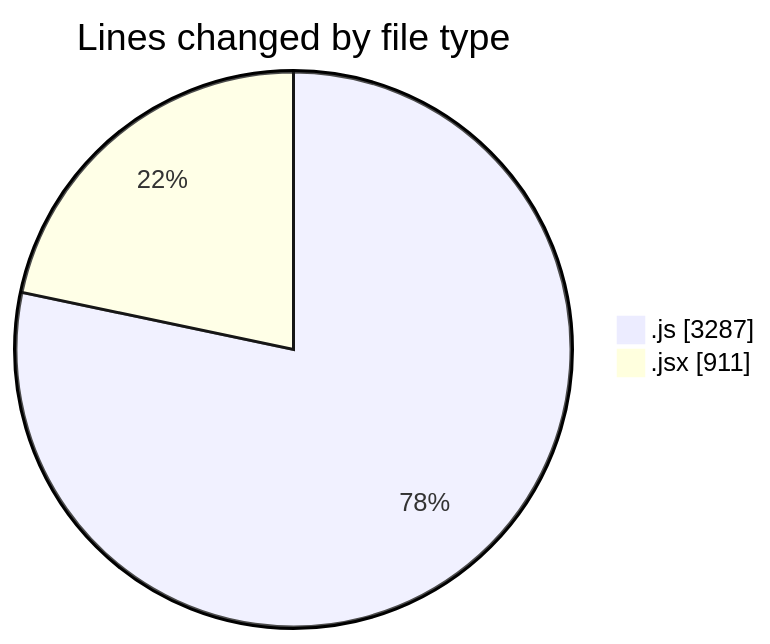
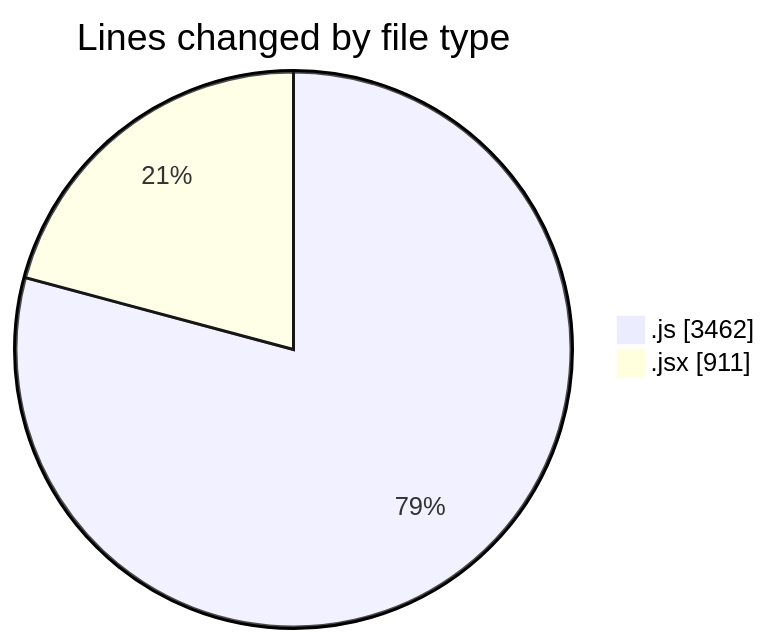
One commit to nxtqubesakshisongat/code-tracking changed the first of 2 diagrams in 2025-09-24/nxtqube_webapp/README.md. Above: the diagram before and after it, drawn with Mermaid. The commit also changed other lines of this file and 1 other file, not shown here.

````diff
--- a/2025-09-24/nxtqube_webapp/README.md
+++ b/2025-09-24/nxtqube_webapp/README.md
@@ -22,6 +22,6 @@
 ```mermaid
 pie showData
 title Lines changed by file type
-".js" : 3287
+".js" : 3462
 ".jsx" : 911
 ```
````
